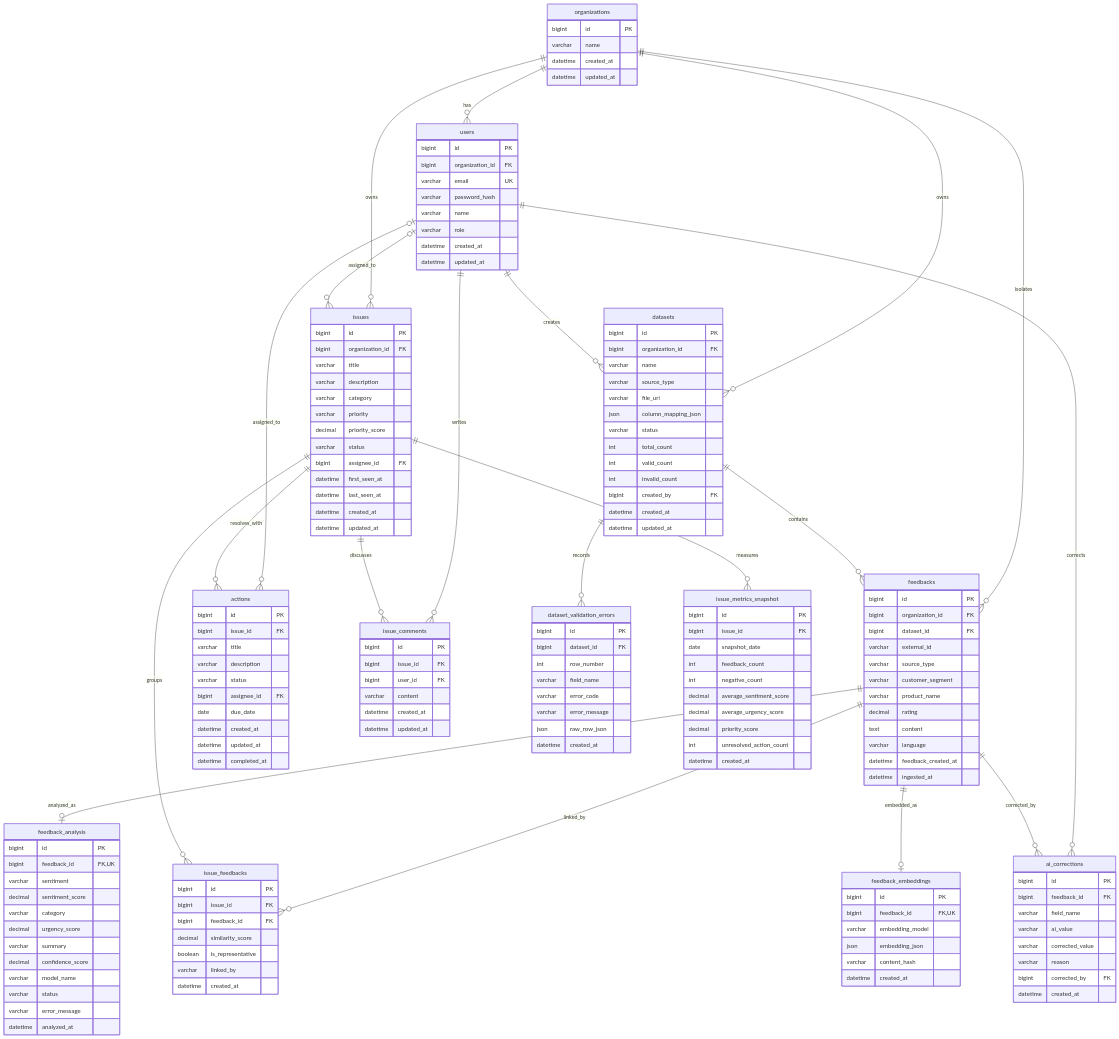
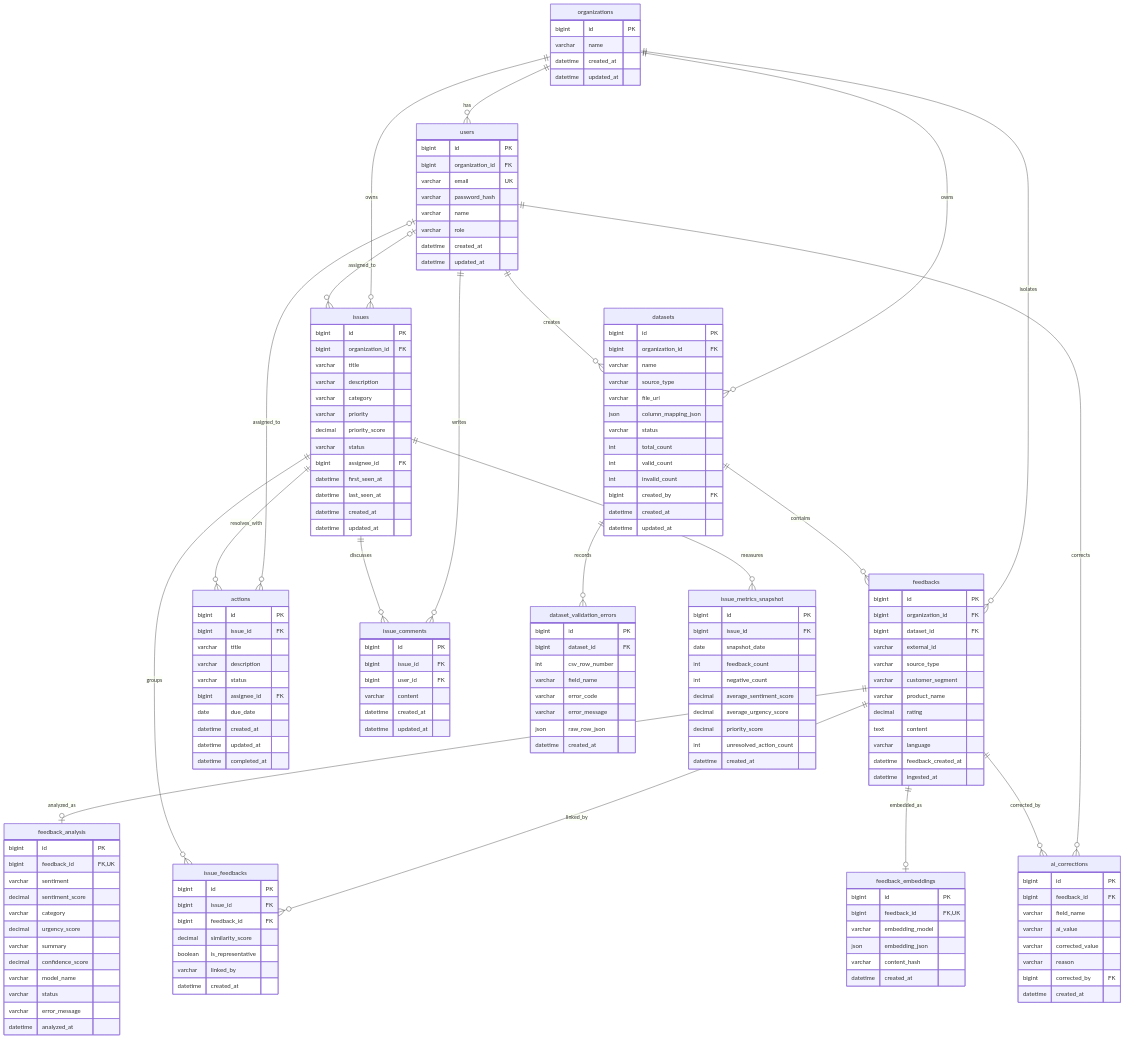
One commit to JJUNOKIM/voc-actionops changed the diagram in docs/erd.md. Above: the diagram before and after it, drawn with Mermaid. The commit also changed other lines of this file and 23 other files, not shown here.

```diff
--- a/docs/erd.md
+++ b/docs/erd.md
@@ -70,7 +70,7 @@
     dataset_validation_errors {
         bigint id PK
         bigint dataset_id FK
-        int row_number
+        int csv_row_number
         varchar field_name
         varchar error_code
         varchar error_message
```
